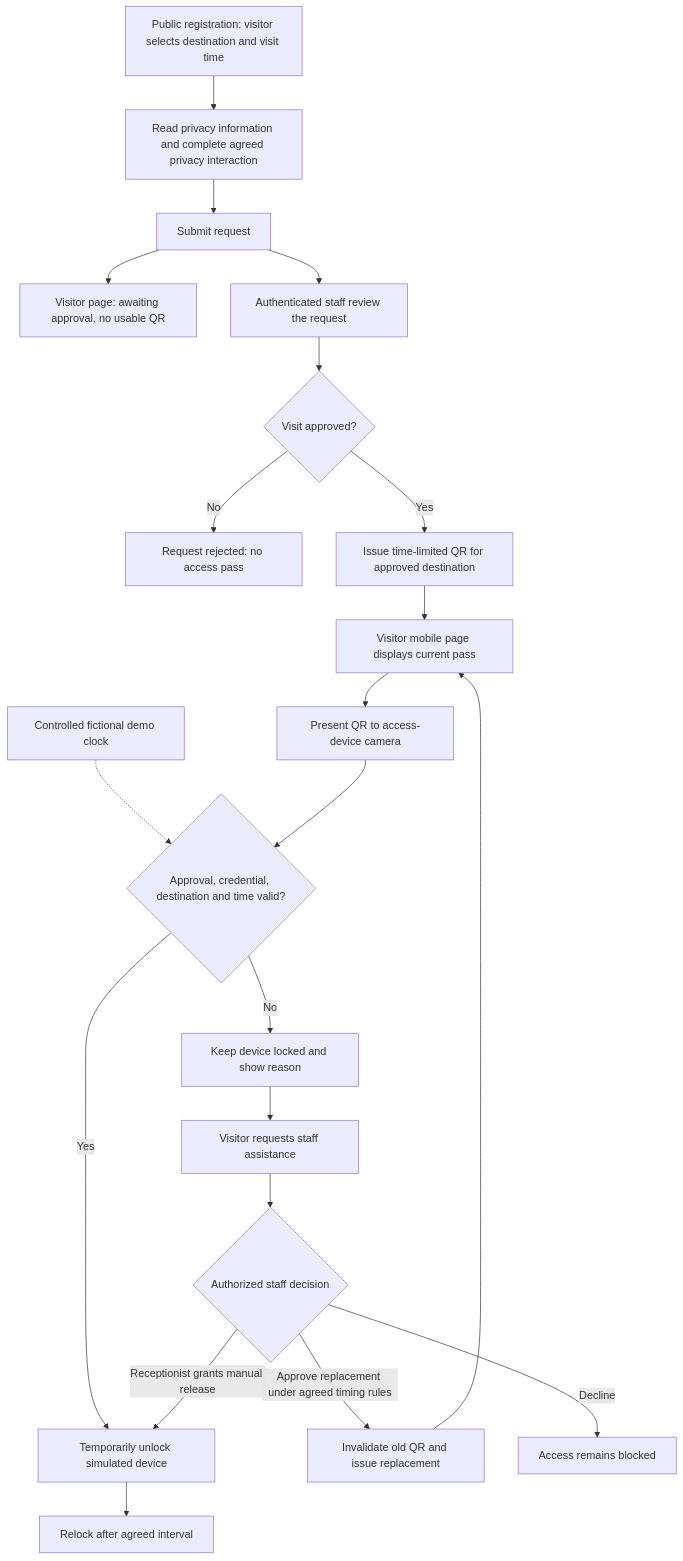
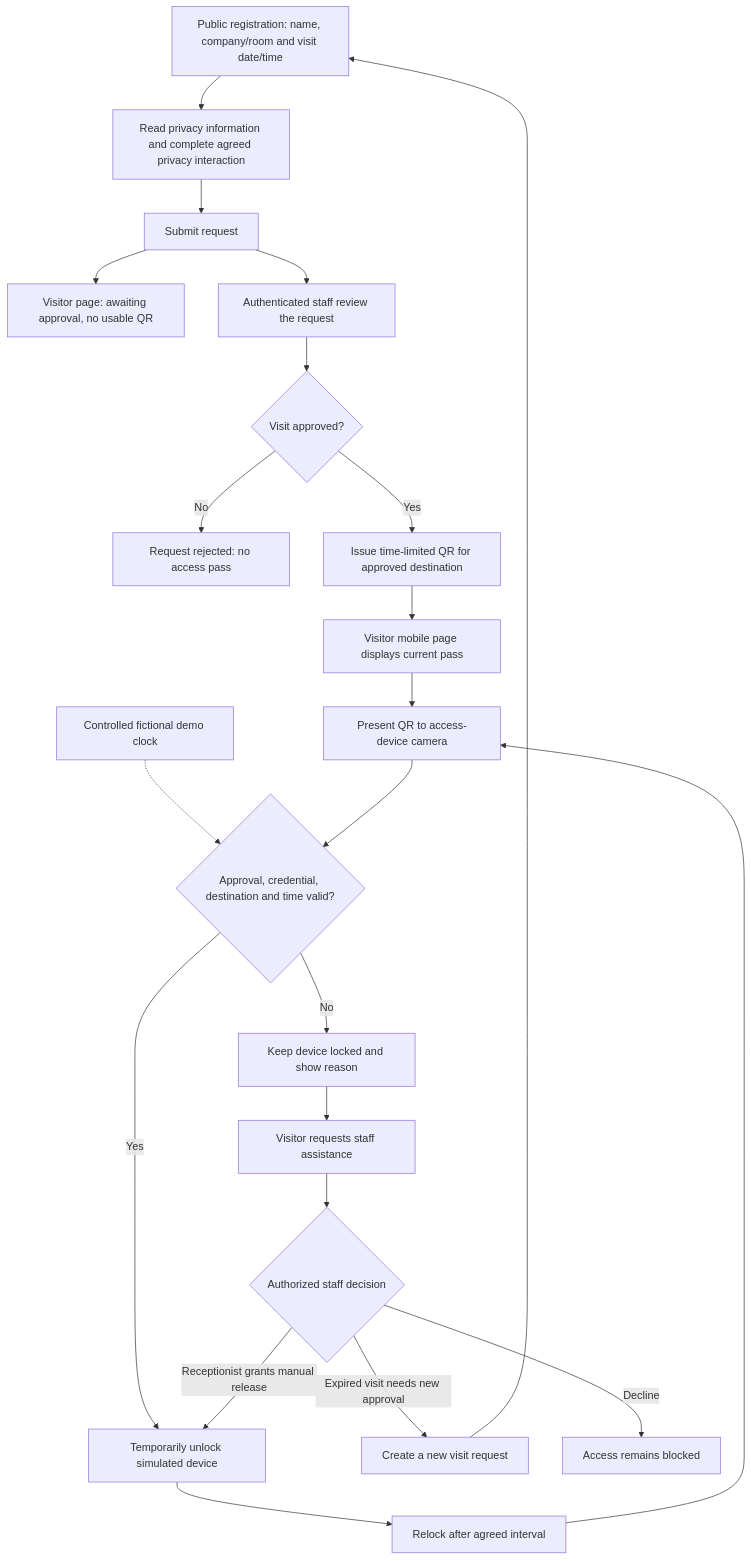
One commit to lipex360x/Heaven-Access changed the second of 2 diagrams in docs/flow.md. Above: the diagram before and after it, drawn with Mermaid. The commit also changed other lines of this file and 4 other files, not shown here.

````diff
--- a/docs/flow.md
+++ b/docs/flow.md
@@ -22,24 +22,25 @@
 ```mermaid
 flowchart TD
-    A[Public registration: visitor selects destination and visit time]
+    A[Public registration: name, company/room and visit date/time]
     A --> B[Read privacy information and complete agreed privacy interaction]
     B --> C[Submit request]
     C --> D[Visitor page: awaiting approval, no usable QR]
     C --> E[Authenticated staff review the request]
     E --> F{Visit approved?}
     F -->|No| G[Request rejected: no access pass]
     F -->|Yes| H[Issue time-limited QR for approved destination]
     H --> I[Visitor mobile page displays current pass]
     I --> J[Present QR to access-device camera]
     T[Controlled fictional demo clock] -.-> K
     J --> K{Approval, credential, destination and time valid?}
     K -->|Yes| L[Temporarily unlock simulated device]
     K -->|No| M[Keep device locked and show reason]
     M --> N[Visitor requests staff assistance]
     N --> O{Authorized staff decision}
-    O -->|Approve replacement under agreed timing rules| P[Invalidate old QR and issue replacement]
-    P --> I
+    O -->|Expired visit needs new approval| P[Create a new visit request]
+    P --> A
     O -->|Receptionist grants manual release| L
     O -->|Decline| Q[Access remains blocked]
     L --> R[Relock after agreed interval]
+    R --> J
 ```
````
